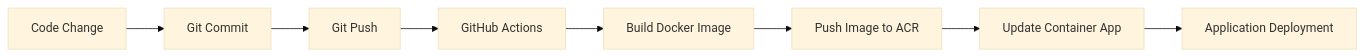
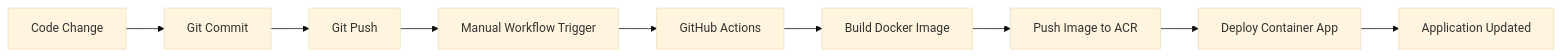
Before and after one commit to darshanthenge03-cloud/azure-container-platform: the second of 2 diagrams in README.md, drawn with Mermaid (base theme). The commit also changed other lines of this file, not shown here.

````diff
--- a/README.md
+++ b/README.md
@@ -75,17 +85,19 @@
 ```mermaid
 flowchart LR
 
 A[Code Change] --> B[Git Commit]
 
 B --> C[Git Push]
 
-C --> D[GitHub Actions]
+C --> D[Manual Workflow Trigger]
 
-D --> E[Build Docker Image]
+D --> E[GitHub Actions]
 
-E --> F[Push Image to ACR]
+E --> F[Build Docker Image]
 
-F --> G[Update Container App]
+F --> G[Push Image to ACR]
 
-G --> H[Application Deployment]
+G --> H[Deploy Container App]
+
+H --> I[Application Updated]
 ```
````
